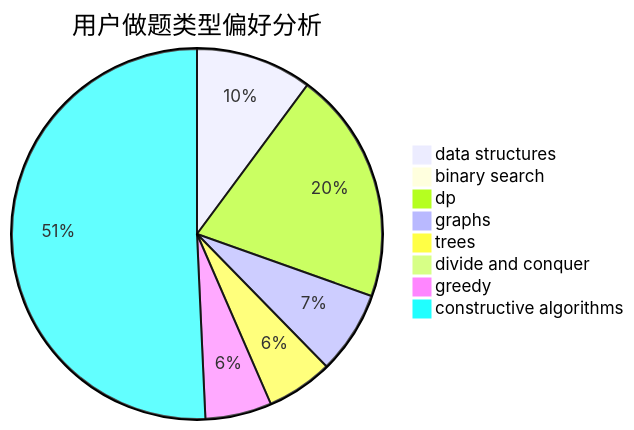
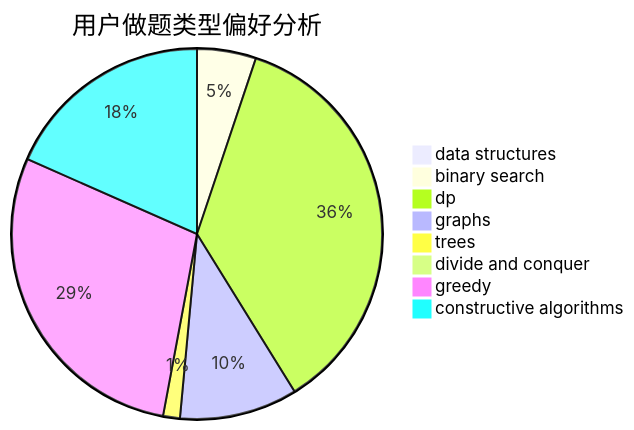
The second of 3 diagrams in docs/user/u2721.md (sherpahu/cfrs.github.io), drawn with Mermaid before and after one commit. The commit also changed other lines of this file and 2770 other files, not shown here.

````diff
--- a/docs/user/u2721.md
+++ b/docs/user/u2721.md
@@ -23,11 +23,11 @@
 ```mermaid
 pie title 用户做题类型偏好分析
-    "data structures" :  7
-    "binary search" :  0
-    "dp" :  14
-    "graphs" :  5
-    "trees" :  4
+    "data structures" :  0
+    "binary search" :  7
+    "dp" :  49
+    "graphs" :  14
+    "trees" :  2
     "divide and conquer" :  0
-    "greedy" :  4
-    "constructive algorithms" :  35
+    "greedy" :  39
+    "constructive algorithms" :  25
 ```
````
